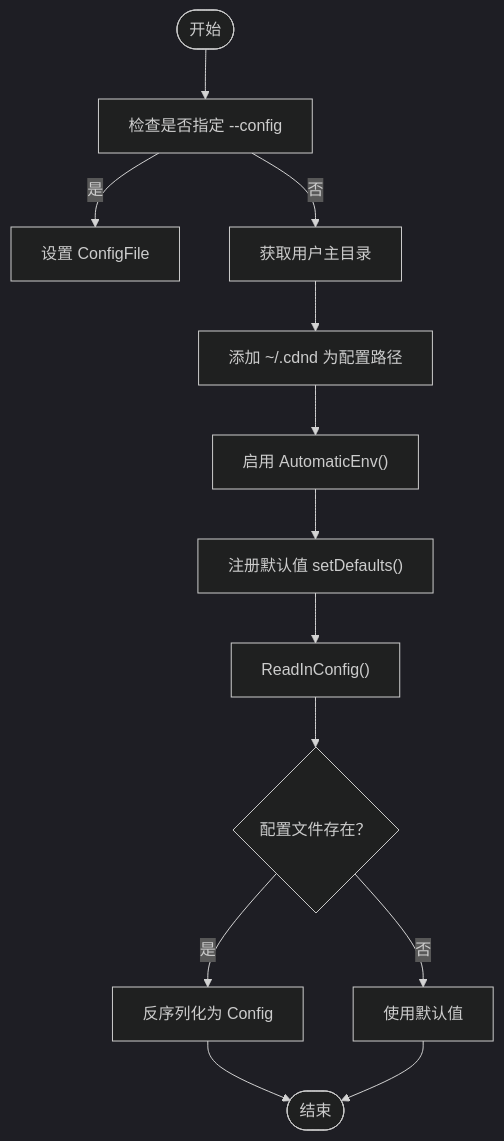
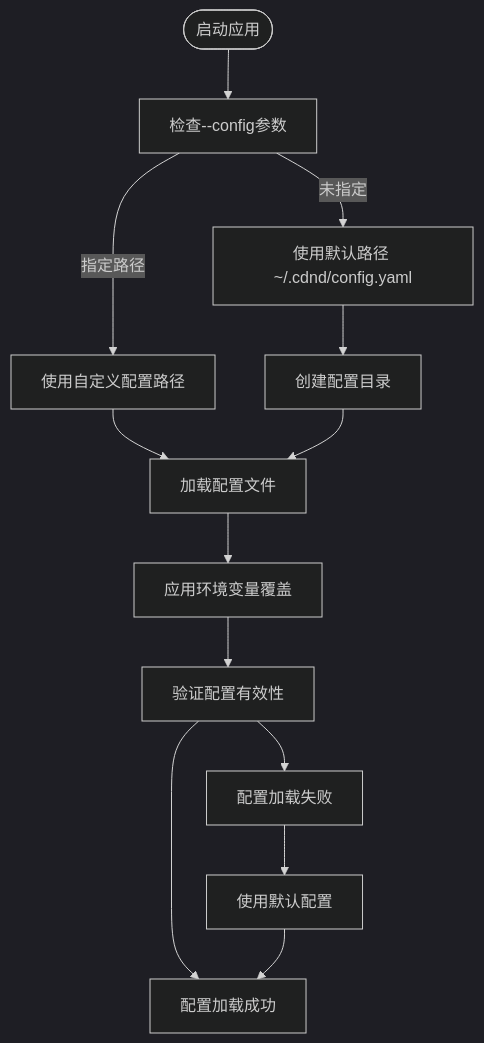
The second of 4 diagrams in .qoder/repowiki/zh/content/配置管理.md (zwh8800/cdnd), drawn with Mermaid (dark theme) before and after one commit. The commit also changed other lines of this file and 11 other files, not shown here.

````diff
--- a/.qoder/repowiki/zh/content/配置管理.md
+++ b/.qoder/repowiki/zh/content/配置管理.md
@@ -167,15 +193,15 @@
 ```mermaid
 flowchart TD
-Start(["开始"]) --> CheckFlag["检查是否指定 --config"]
-CheckFlag --> |是| UseFlag["设置 ConfigFile"]
-CheckFlag --> |否| Home["获取用户主目录"]
-Home --> AddPath["添加 ~/.cdnd 为配置路径"]
-AddPath --> Env["启用 AutomaticEnv()"]
-Env --> Defaults["注册默认值 setDefaults()"]
-Defaults --> Read["ReadInConfig()"]
-Read --> Found{"配置文件存在？"}
-Found --> |是| Unmarshal["反序列化为 Config"]
-Found --> |否| UseDefaults["使用默认值"]
-Unmarshal --> Done(["结束"])
-UseDefaults --> Done
+Start(["启动应用"]) --> CheckFlag["检查--config参数"]
+CheckFlag --> |指定路径| UseCustom["使用自定义配置路径"]
+CheckFlag --> |未指定| UseDefault["使用默认路径 ~/.cdnd/config.yaml"]
+UseCustom --> LoadConfig["加载配置文件"]
+UseDefault --> CreateDir["创建配置目录"]
+CreateDir --> LoadConfig
+LoadConfig --> EnvOverride["应用环境变量覆盖"]
+EnvOverride --> Validate["验证配置有效性"]
+Validate --> Success["配置加载成功"]
+Validate --> Error["配置加载失败"]
+Error --> UseDefaults["使用默认配置"]
+UseDefaults --> Success
 ```
````
